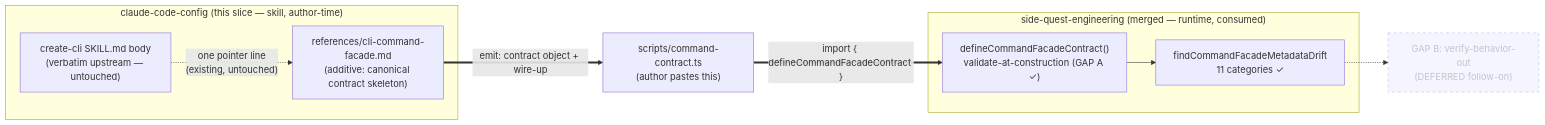
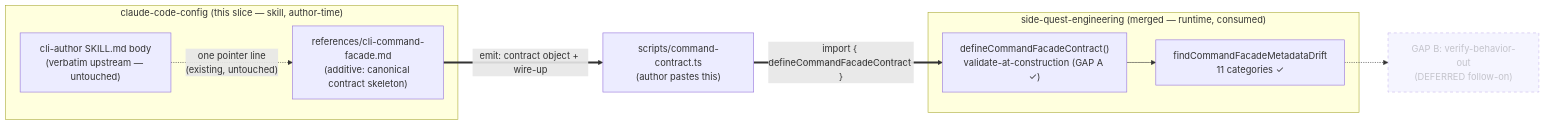
The first of 2 diagrams in docs/plans/2026-05-31-002-feat-facade-aware-create-cli-emission-plan.md (nathanvale/claude-code-config), drawn with Mermaid before and after one commit. The commit also changed other lines of this file and 134 other files, not shown here.

First line of the commit message:
refactor(cli-author): rename CLI authoring skill

````diff
--- a/docs/plans/2026-05-31-002-feat-facade-aware-create-cli-emission-plan.md
+++ b/docs/plans/2026-05-31-002-feat-facade-aware-create-cli-emission-plan.md
@@ -209,18 +209,18 @@
 ```mermaid
 flowchart LR
   subgraph CCC["claude-code-config (this slice — skill, author-time)"]
-    DESIGN["create-cli SKILL.md body<br/>(verbatim upstream — untouched)"]
+    DESIGN["cli-author SKILL.md body<br/>(verbatim upstream — untouched)"]
     REF["references/cli-command-facade.md<br/>(additive: canonical contract skeleton)"]
     DESIGN -. "one pointer line<br/>(existing, untouched)" .-> REF
   end
   subgraph SQE["side-quest-engineering (merged — runtime, consumed)"]
     DEFINE["defineCommandFacadeContract()<br/>validate-at-construction (GAP A ✓)"]
     DRIFT["findCommandFacadeMetadataDrift<br/>11 categories ✓"]
     DEFINE --> DRIFT
   end
   REF == "emit: contract object + wire-up" ==> ARTIFACT["scripts/command-contract.ts<br/>(author pastes this)"]
   ARTIFACT == "import { defineCommandFacadeContract }" ==> DEFINE
   GAPB["GAP B: verify-behavior-out<br/>(DEFERRED follow-on)"]:::deferred
   DRIFT -.-> GAPB
   classDef deferred stroke-dasharray: 5 5,opacity:0.5
 ```
````
